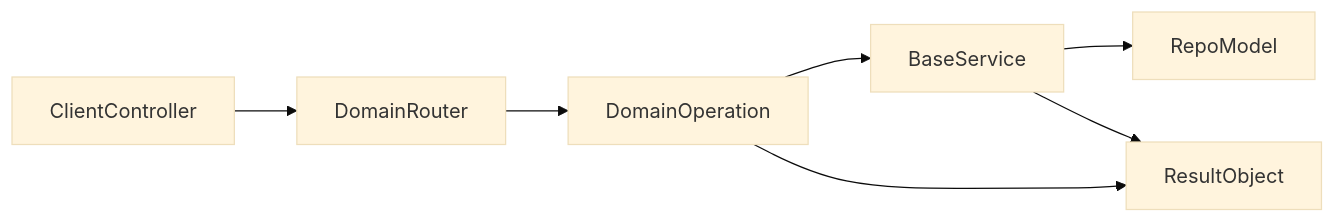
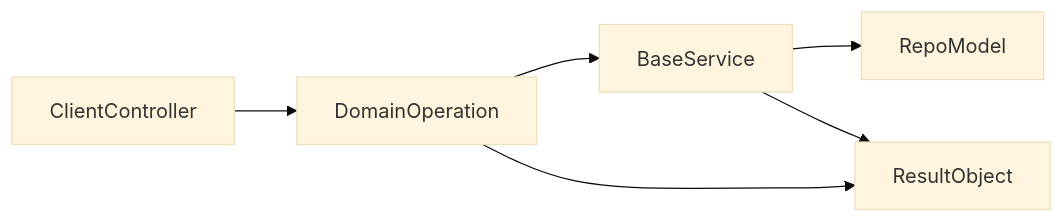
Before and after one commit to samaswin/railsmith: the diagram in all-in-one_service_gem_d97577de.plan.md, drawn with Mermaid (base theme). The commit also changed other lines of this file and 7 other files, not shown here.

Commit message:
Added Domain + Operation Generators

````diff
--- a/all-in-one_service_gem_d97577de.plan.md
+++ b/all-in-one_service_gem_d97577de.plan.md
@@ -131,9 +220,8 @@
 ```mermaid
 flowchart LR
-  Client[ClientController] --> DomainRouter
-  DomainRouter --> DomainOperation
+  Client[ClientController] --> DomainOperation
   DomainOperation --> BaseService
   BaseService --> RepoModel
   BaseService --> ResultObject
   DomainOperation --> ResultObject
 ```
````
